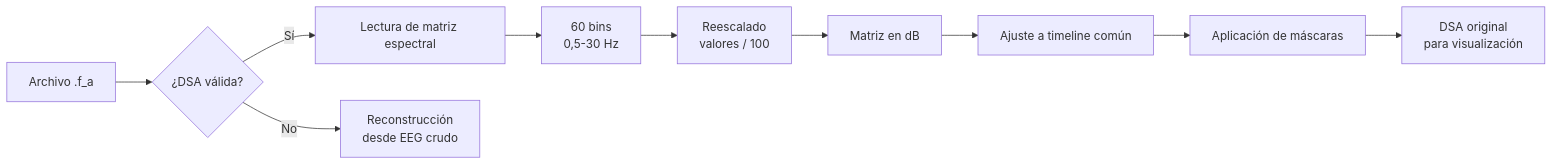
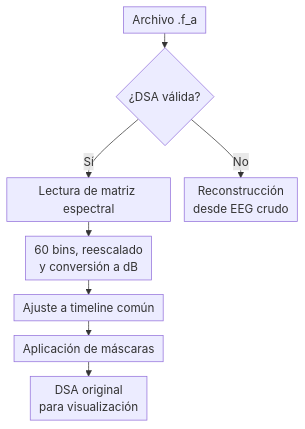
The third of 3 diagrams in TFG/qmd/4_metodologia.qmd (cvr1008/TFG_BIS_GIS), drawn with Mermaid before and after one commit. The commit also changed other lines of this file and 35 other files, not shown here.

````diff
--- a/TFG/qmd/4_metodologia.qmd
+++ b/TFG/qmd/4_metodologia.qmd
@@ -120,15 +113,15 @@
 ```{mermaid}
 %%| label: fig-flujo-fa
-%%| fig-cap: "Flujo de uso de la matriz espectral original del archivo `.f_a`."
-flowchart LR
+%%| fig-cap: "Flujo de uso de la matriz espectral original del archivo `.f_a`. Fuente: elaboración propia."
+%%| fig-width: 4
+%%{init: {'flowchart': {'nodeSpacing': 19, 'rankSpacing': 20, 'padding': 6}, 'themeVariables': {'fontSize': '16px'}}}%%
+flowchart TD
     A["Archivo .f_a"] --> B{"¿DSA válida?"}
     B -- "Sí" --> C["Lectura de matriz espectral"]
-    C --> D["60 bins<br/>0,5-30 Hz"]
-    D --> E["Reescalado<br/>valores / 100"]
-    E --> F["Matriz en dB"]
-    F --> G["Ajuste a timeline común"]
+    C --> D["60 bins, reescalado<br/>y conversión a dB"]
+    D --> G["Ajuste a timeline común"]
     G --> H["Aplicación de máscaras"]
     H --> I["DSA original<br/>para visualización"]
 
     B -- "No" --> J["Reconstrucción<br/>desde EEG crudo"]
 ```
````
